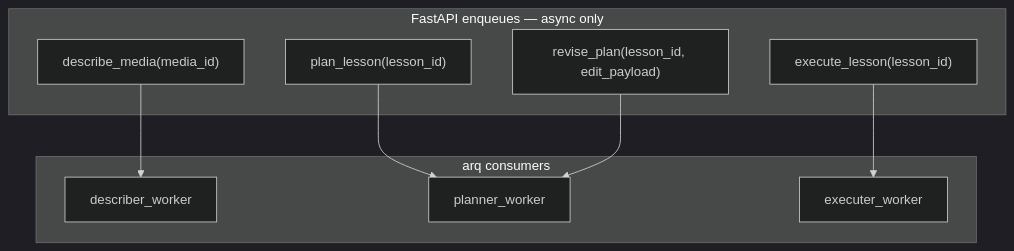
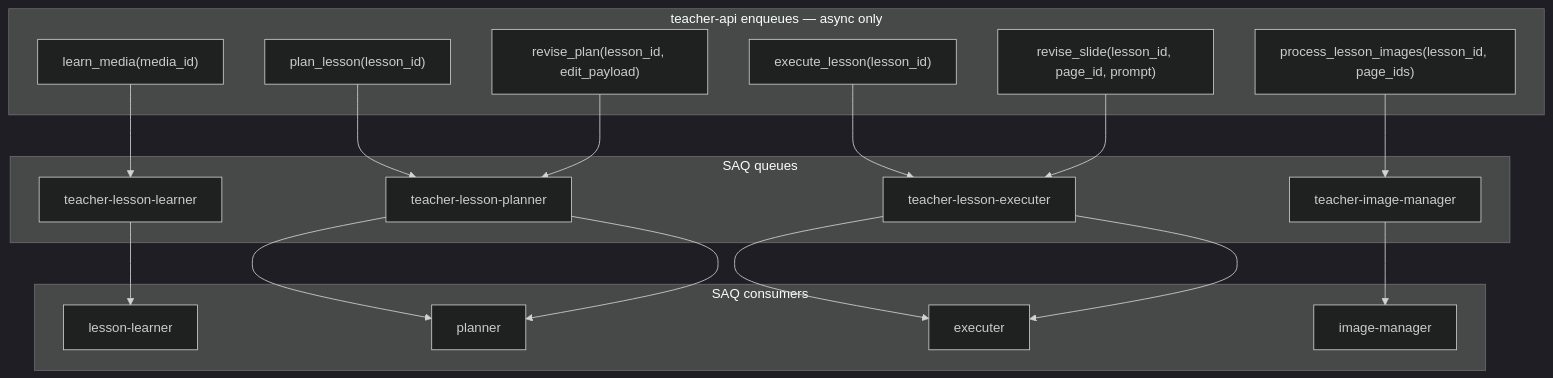
One commit to BasselSallam2/teacher-mock changed the first of 5 diagrams in docs/architecture/05-queue-and-sequence.md. Above: the diagram before and after it, drawn with Mermaid (dark theme). The commit also changed other lines of this file and 10 other files, not shown here.

Commit message:
Enhance README and add system overview documentation; update media handling and lesson planning architecture. Introduce nested media folders and clarify production stack details.

````diff
--- a/docs/architecture/05-queue-and-sequence.md
+++ b/docs/architecture/05-queue-and-sequence.md
@@ -7,20 +7,32 @@
 ```mermaid
 flowchart TB
-  subgraph api [FastAPI enqueues — async only]
-    J1["describe_media(media_id)"]
-    J3["plan_lesson(lesson_id)"]
-    J4["revise_plan(lesson_id, edit_payload)"]
-    J5["execute_lesson(lesson_id)"]
+  subgraph api [teacher-api enqueues — async only]
+    J1["learn_media(media_id)"]
+    J2["plan_lesson(lesson_id)"]
+    J3["revise_plan(lesson_id, edit_payload)"]
+    J4["execute_lesson(lesson_id)"]
+    J5["revise_slide(lesson_id, page_id, prompt)"]
+    J6["process_lesson_images(lesson_id, page_ids)"]
   end
 
-  subgraph workers [arq consumers]
-    D["describer_worker"]
-    P["planner_worker"]
-    E["executer_worker"]
+  subgraph queues [SAQ queues]
+    Q1["teacher-lesson-learner"]
+    Q2["teacher-lesson-planner"]
+    Q3["teacher-lesson-executer"]
+    Q4["teacher-image-manager"]
   end
 
-  J1 --> D
-  J3 --> P
-  J4 --> P
-  J5 --> E
+  subgraph workers [SAQ consumers]
+    L["lesson-learner"]
+    P["planner"]
+    E["executer"]
+    I["image-manager"]
+  end
+
+  J1 --> Q1 --> L
+  J2 --> Q2 --> P
+  J3 --> Q2 --> P
+  J4 --> Q3 --> E
+  J5 --> Q3 --> E
+  J6 --> Q4 --> I
 ```
````
